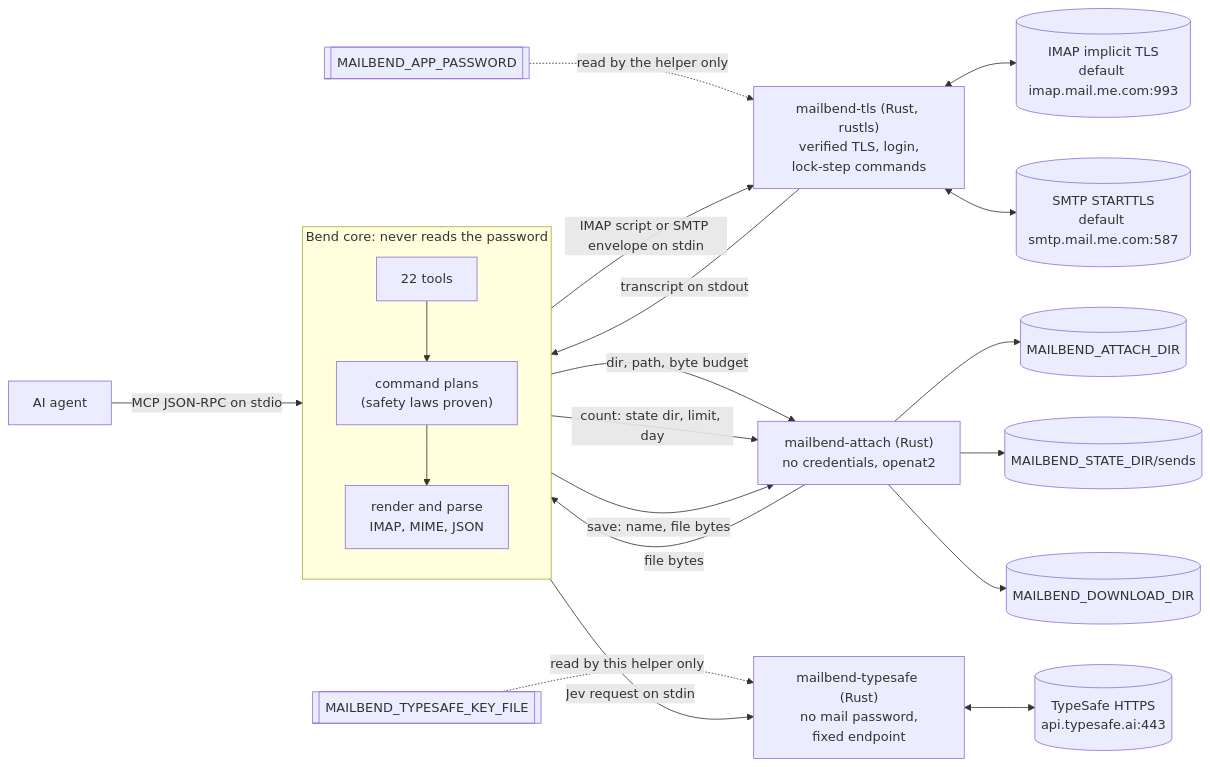
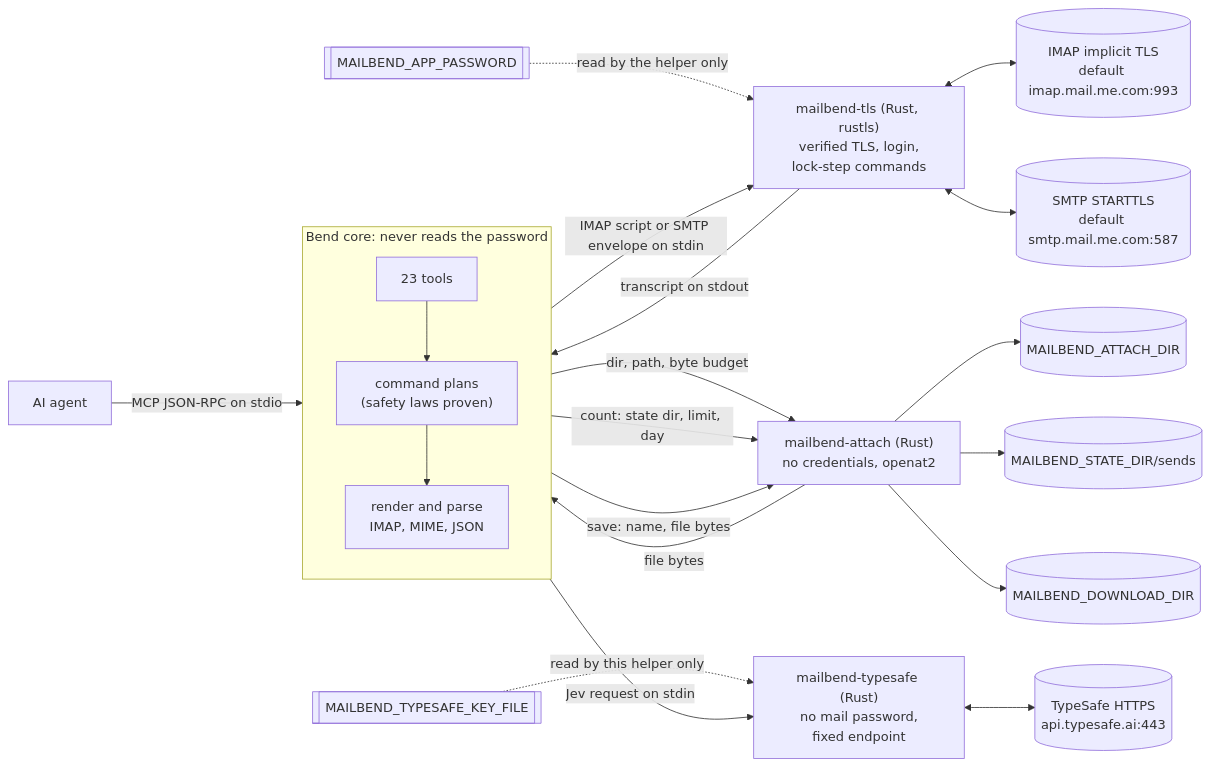
The diagram in README.md (albertc71/MailBend), drawn with Mermaid before and after one commit. The commit also changed other lines of this file and 15 other files, not shown here.

````diff
--- a/README.md
+++ b/README.md
@@ -375,24 +426,24 @@
 ```mermaid
 flowchart LR
   agent["AI agent"] -- "MCP JSON-RPC on stdio" --> core
   subgraph core["Bend core: never reads the password"]
     direction TB
-    tools["22 tools"] --> plans["command plans<br/>(safety laws proven)"]
+    tools["23 tools"] --> plans["command plans<br/>(safety laws proven)"]
     plans --> parse["render and parse<br/>IMAP, MIME, JSON"]
   end
   core -- "IMAP script or SMTP envelope on stdin" --> helper["mailbend-tls (Rust, rustls)<br/>verified TLS, login,<br/>lock-step commands"]
   helper -- "transcript on stdout" --> core
   helper <--> imap[("IMAP implicit TLS<br/>default imap.mail.me.com:993")]
   helper <--> smtp[("SMTP STARTTLS<br/>default smtp.mail.me.com:587")]
   secrets[["MAILBEND_APP_PASSWORD"]] -. "read by the helper only" .-> helper
   core -- "dir, path, byte budget" --> reader["mailbend-attach (Rust)<br/>no credentials, openat2"]
   reader -- "file bytes" --> core
   reader --> files[("MAILBEND_ATTACH_DIR")]
   core -- "count: state dir, limit, day" --> reader
   reader --> sends[("MAILBEND_STATE_DIR/sends")]
   core -- "save: name, file bytes" --> reader
   reader --> downloads[("MAILBEND_DOWNLOAD_DIR")]
   core -- "Jev request on stdin" --> jev["mailbend-typesafe (Rust)<br/>no mail password,<br/>fixed endpoint"]
   jev <--> typesafe[("TypeSafe HTTPS<br/>api.typesafe.ai:443")]
   key[["MAILBEND_TYPESAFE_KEY_FILE"]] -. "read by this helper only" .-> jev
 ```
````
